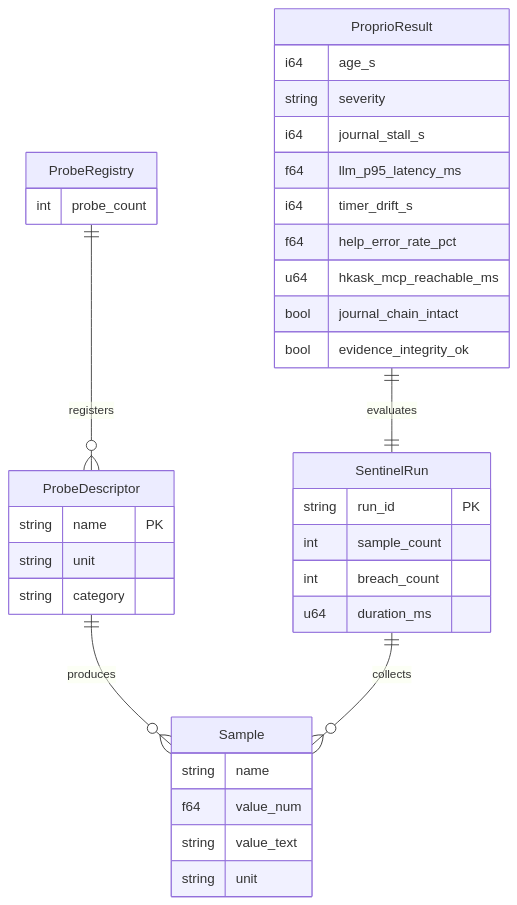
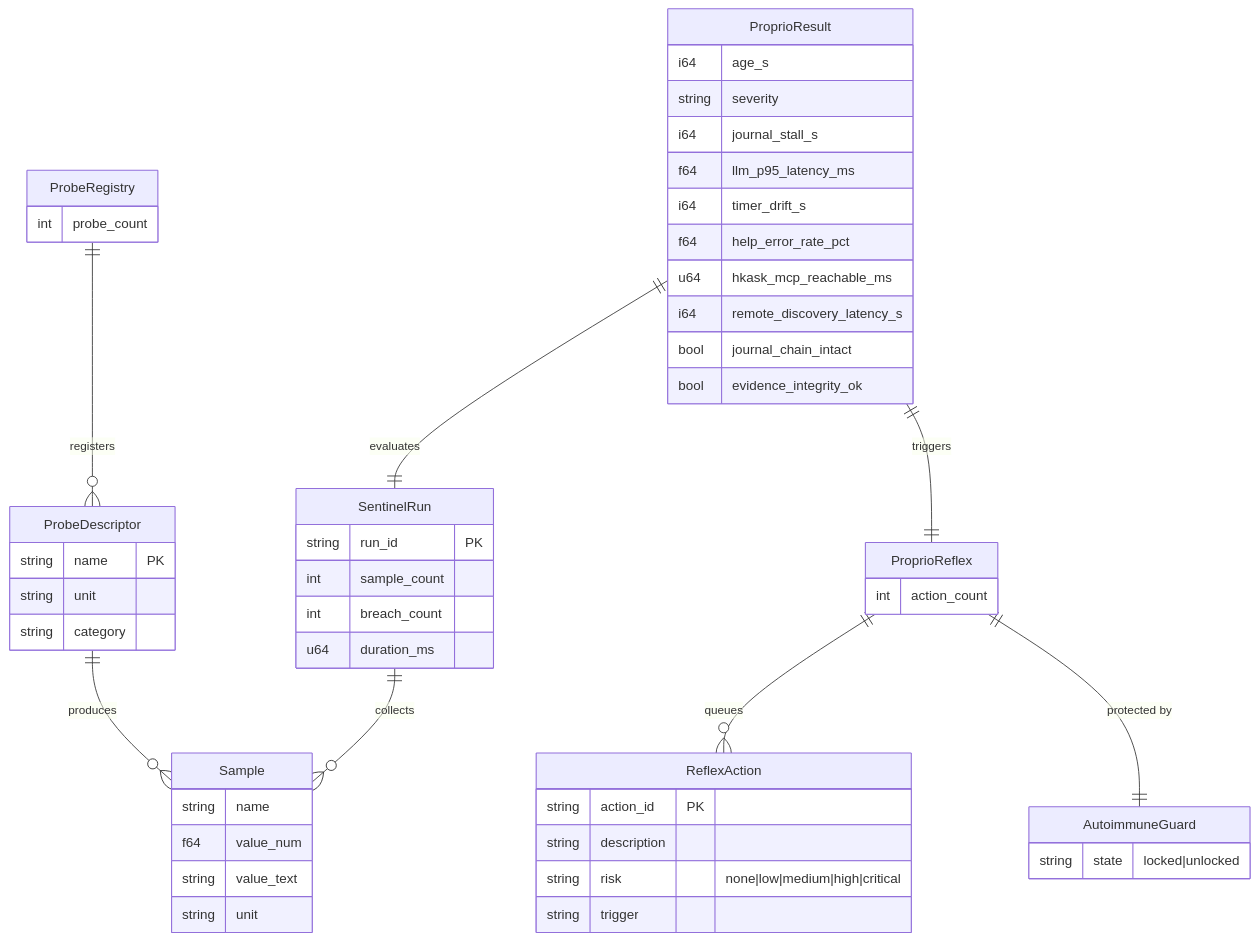
The second of 9 diagrams in docs/architecture/SUBSYSTEM_ER_DIAGRAMS.md (mdz-axo/russell), drawn with Mermaid before and after one commit. The commit also changed other lines of this file and 6 other files, not shown here.

````diff
--- a/docs/architecture/SUBSYSTEM_ER_DIAGRAMS.md
+++ b/docs/architecture/SUBSYSTEM_ER_DIAGRAMS.md
@@ -126,39 +126,55 @@
 ```mermaid
 erDiagram
     ProbeRegistry {
         int probe_count
     }
     ProbeDescriptor {
         string name PK
         string unit
         string category
     }
     Sample {
         string name
         f64 value_num
         string value_text
         string unit
     }
     ProprioResult {
         i64 age_s
         string severity
         i64 journal_stall_s
         f64 llm_p95_latency_ms
         i64 timer_drift_s
         f64 help_error_rate_pct
         u64 hkask_mcp_reachable_ms
+        i64 remote_discovery_latency_s
         bool journal_chain_intact
         bool evidence_integrity_ok
+    }
+    ProprioReflex {
+        int action_count
+    }
+    ReflexAction {
+        string action_id PK
+        string description
+        string risk "none|low|medium|high|critical"
+        string trigger
     }
     SentinelRun {
         string run_id PK
         int sample_count
         int breach_count
         u64 duration_ms
     }
+    AutoimmuneGuard {
+        string state "locked|unlocked"
+    }
 
     ProbeRegistry ||--o{ ProbeDescriptor : "registers"
     ProbeDescriptor ||--o{ Sample : "produces"
     SentinelRun ||--o{ Sample : "collects"
     ProprioResult ||--|| SentinelRun : "evaluates"
+    ProprioReflex ||--o{ ReflexAction : "queues"
+    ProprioResult ||--|| ProprioReflex : "triggers"
+    ProprioReflex ||--|| AutoimmuneGuard : "protected by"
 ```
````
